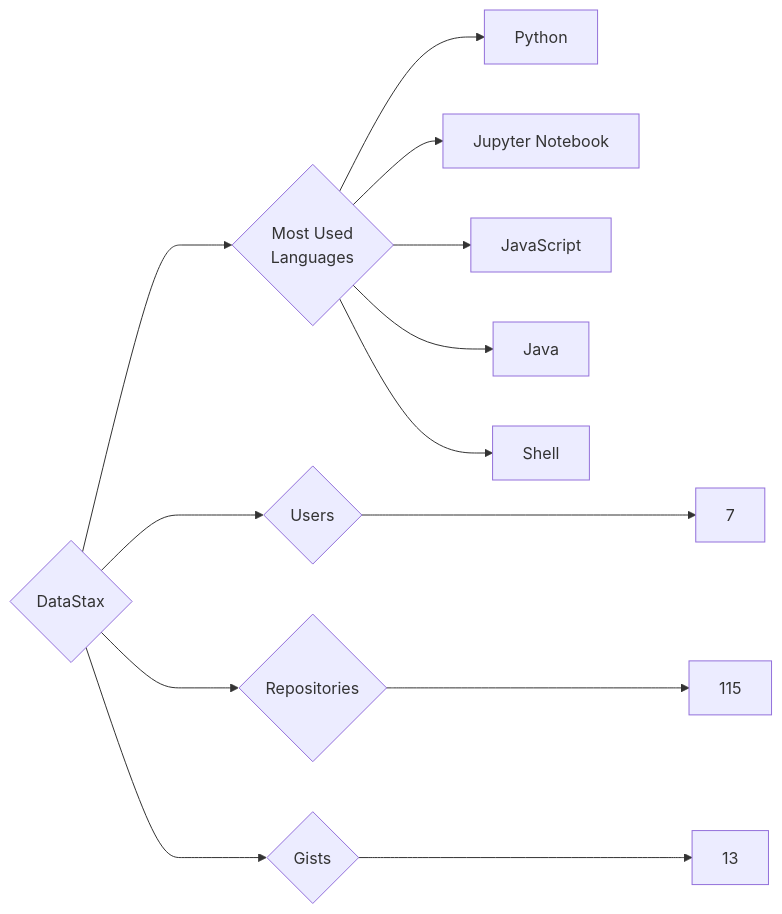
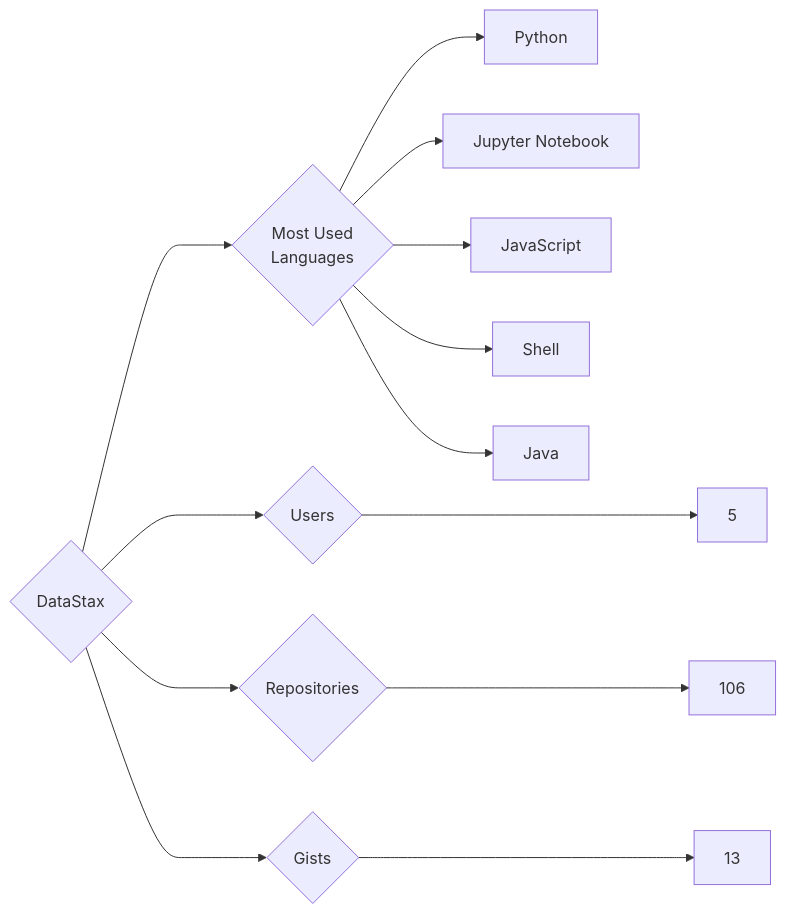
The diagram in targets/DataStax/README.md (trickest/insiders), drawn with Mermaid before and after one commit. The commit also changed 938 other files, not shown here.

````diff
--- a/targets/DataStax/README.md
+++ b/targets/DataStax/README.md
@@ -3,13 +3,13 @@
 ```mermaid
 graph LR
 COMPANY_NAME{DataStax}
-COMPANY_NAME ---> U{Users} ---> UN[7]
-COMPANY_NAME ---> R{Repositories} ---> RN[115]
+COMPANY_NAME ---> U{Users} ---> UN[5]
+COMPANY_NAME ---> R{Repositories} ---> RN[106]
 COMPANY_NAME ---> G{Gists} ---> GN[13]
 COMPANY_NAME ---> ML{Most Used<br>Languages}
 ML --> Python[Python]
 ML --> Jupyter_Notebook[Jupyter Notebook]
 ML --> JavaScript[JavaScript]
+ML --> Shell[Shell]
 ML --> Java[Java]
-ML --> Shell[Shell]
 ```
````
